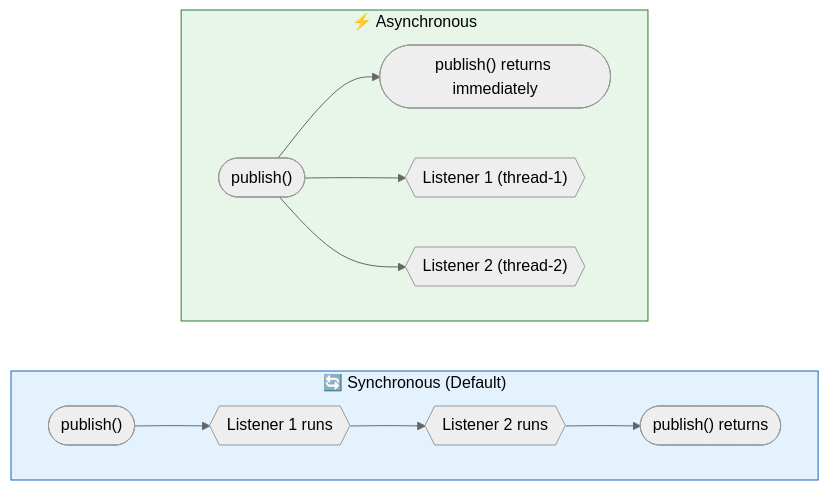
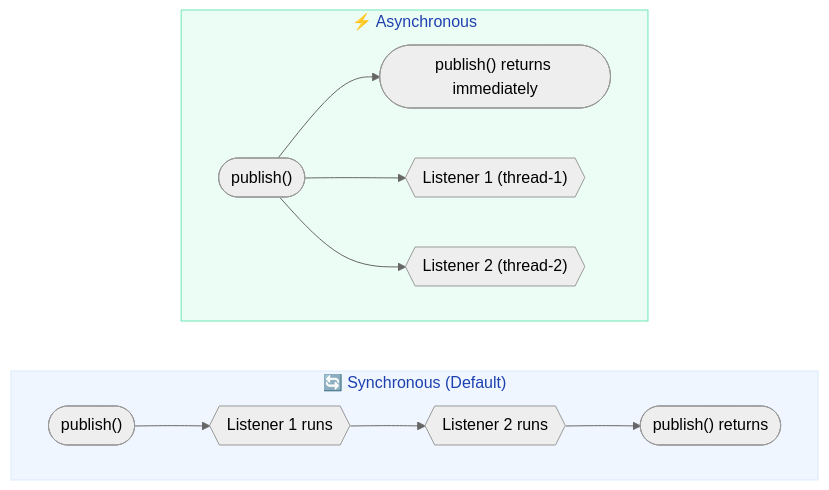
The third of 3 diagrams in docs/springboot/events.md (saivamsikaruturi/vamsilabs-dev-notes-main), drawn with Mermaid (neutral theme) before and after one commit. The commit also changed other lines of this file and 220 other files, not shown here.

First line of the commit message:
Add 50+ new Java/Spring Boot pages, rewrite CSS code blocks to Oracle style, fix all diagram colors

````diff
--- a/docs/springboot/events.md
+++ b/docs/springboot/events.md
@@ -235,19 +235,19 @@
 ```mermaid
 flowchart LR
     subgraph Sync["🔄 Synchronous (Default)"]
         direction LR
         S1(["publish()"]) --> S2{{"Listener 1 runs"}}
         S2 --> S3{{"Listener 2 runs"}}
         S3 --> S4(["publish() returns"])
     end
 
     subgraph Async["⚡ Asynchronous"]
         direction LR
         A1(["publish()"]) --> A2(["publish() returns immediately"])
         A1 --> A3{{"Listener 1 (thread-1)"}}
         A1 --> A4{{"Listener 2 (thread-2)"}}
     end
 
-    style Sync fill:#E3F2FD,stroke:#1565C0,color:#000
-    style Async fill:#E8F5E9,stroke:#2E7D32,color:#000
+    style Sync fill:#EFF6FF,stroke:#DBEAFE,color:#1E40AF
+    style Async fill:#ECFDF5,stroke:#6EE7B7,color:#1E40AF
 ```
````
